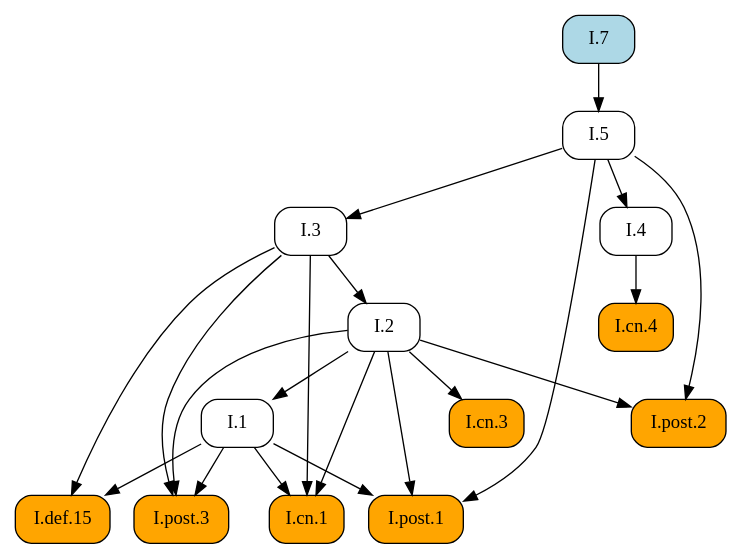
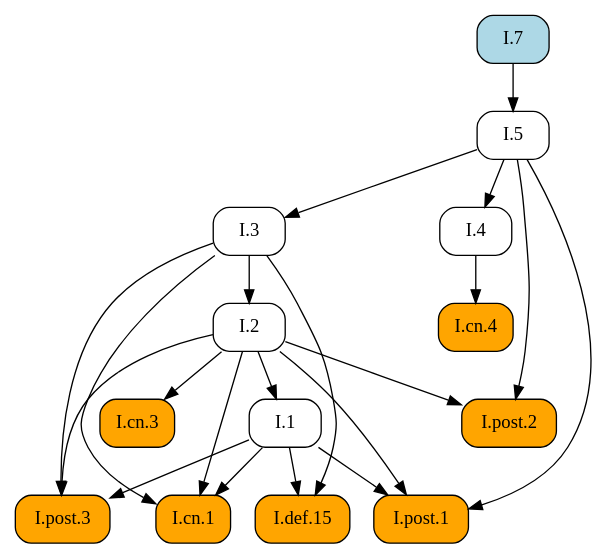
The diagram in docsrc/heath/I/7/index.rst (geometor/elements), drawn with Graphviz before and after one commit. The commit also changed other lines of this file and 1029 other files, not shown here.

```diff
--- a/docsrc/heath/I/7/index.rst
+++ b/docsrc/heath/I/7/index.rst
@@ -102,39 +102,39 @@
 .. graphviz::
 
    digraph {
      rankdir="TB";
      node [shape=box, style=rounded];
      "I.def.15" [style="rounded,filled", fillcolor=orange, URL="/heath/I/def.15/", target="_top"];
+     "I.post.3" [style="rounded,filled", fillcolor=orange, URL="/heath/I/post.3/", target="_top"];
      "I.1" [URL="/heath/I/1/", target="_top"];
+     "I.cn.1" [style="rounded,filled", fillcolor=orange, URL="/heath/I/cn.1/", target="_top"];
+     "I.cn.3" [style="rounded,filled", fillcolor=orange, URL="/heath/I/cn.3/", target="_top"];
+     "I.3" [URL="/heath/I/3/", target="_top"];
+     "I.7" [style="rounded,filled", fillcolor=lightblue, URL="/heath/I/7/", target="_top"];
+     "I.2" [URL="/heath/I/2/", target="_top"];
+     "I.4" [URL="/heath/I/4/", target="_top"];
+     "I.cn.4" [style="rounded,filled", fillcolor=orange, URL="/heath/I/cn.4/", target="_top"];
+     "I.post.1" [style="rounded,filled", fillcolor=orange, URL="/heath/I/post.1/", target="_top"];
+     "I.post.2" [style="rounded,filled", fillcolor=orange, URL="/heath/I/post.2/", target="_top"];
      "I.5" [URL="/heath/I/5/", target="_top"];
-     "I.post.3" [style="rounded,filled", fillcolor=orange, URL="/heath/I/post.3/", target="_top"];
-     "I.post.1" [style="rounded,filled", fillcolor=orange, URL="/heath/I/post.1/", target="_top"];
-     "I.cn.3" [style="rounded,filled", fillcolor=orange, URL="/heath/I/cn.3/", target="_top"];
-     "I.7" [style="rounded,filled", fillcolor=lightblue, URL="/heath/I/7/", target="_top"];
-     "I.4" [URL="/heath/I/4/", target="_top"];
-     "I.3" [URL="/heath/I/3/", target="_top"];
-     "I.cn.4" [style="rounded,filled", fillcolor=orange, URL="/heath/I/cn.4/", target="_top"];
-     "I.cn.1" [style="rounded,filled", fillcolor=orange, URL="/heath/I/cn.1/", target="_top"];
-     "I.post.2" [style="rounded,filled", fillcolor=orange, URL="/heath/I/post.2/", target="_top"];
-     "I.2" [URL="/heath/I/2/", target="_top"];
      "I.1" -> "I.def.15";
      "I.3" -> "I.def.15";
-     "I.2" -> "I.1";
-     "I.7" -> "I.5";
      "I.1" -> "I.post.3";
      "I.2" -> "I.post.3";
      "I.3" -> "I.post.3";
+     "I.2" -> "I.1";
+     "I.1" -> "I.cn.1";
+     "I.2" -> "I.cn.1";
+     "I.3" -> "I.cn.1";
+     "I.2" -> "I.cn.3";
+     "I.5" -> "I.3";
+     "I.3" -> "I.2";
+     "I.5" -> "I.4";
+     "I.4" -> "I.cn.4";
      "I.1" -> "I.post.1";
      "I.2" -> "I.post.1";
      "I.5" -> "I.post.1";
-     "I.2" -> "I.cn.3";
-     "I.5" -> "I.4";
-     "I.5" -> "I.3";
-     "I.4" -> "I.cn.4";
-     "I.1" -> "I.cn.1";
-     "I.2" -> "I.cn.1";
-     "I.3" -> "I.cn.1";
      "I.2" -> "I.post.2";
      "I.5" -> "I.post.2";
-     "I.3" -> "I.2";
+     "I.7" -> "I.5";
    }
```
